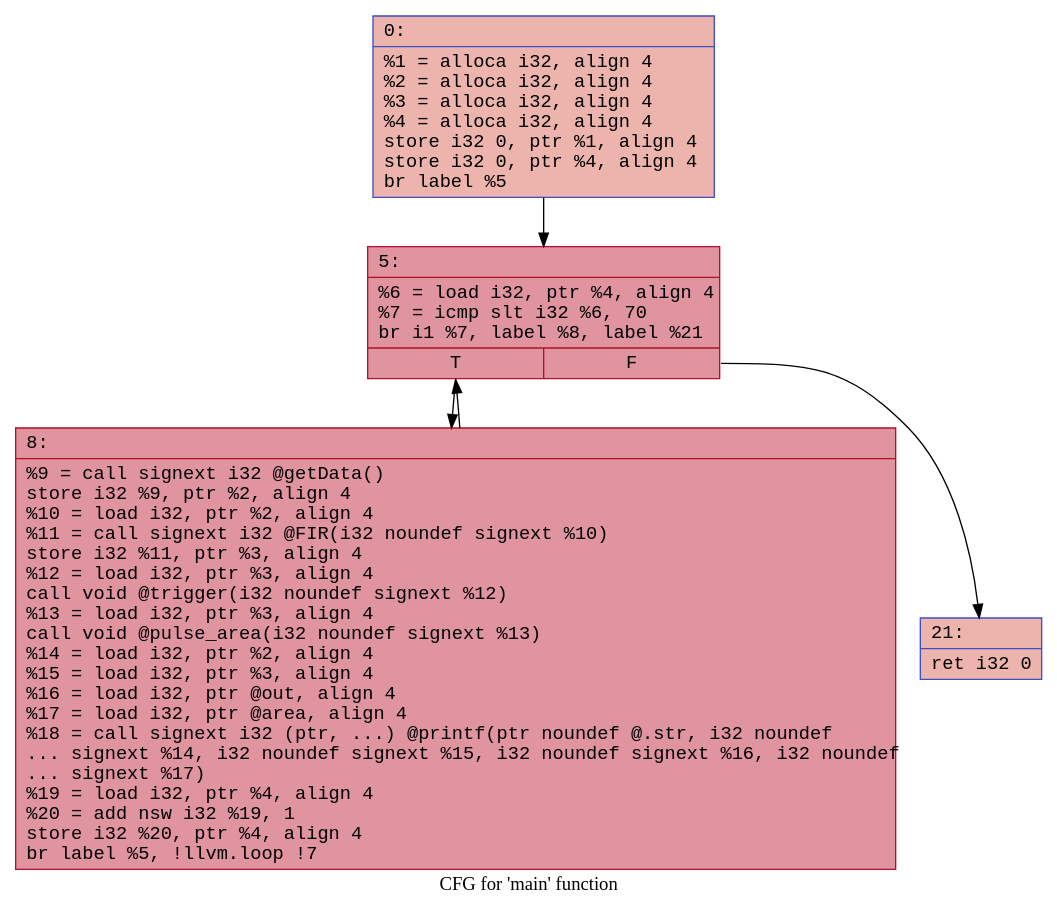
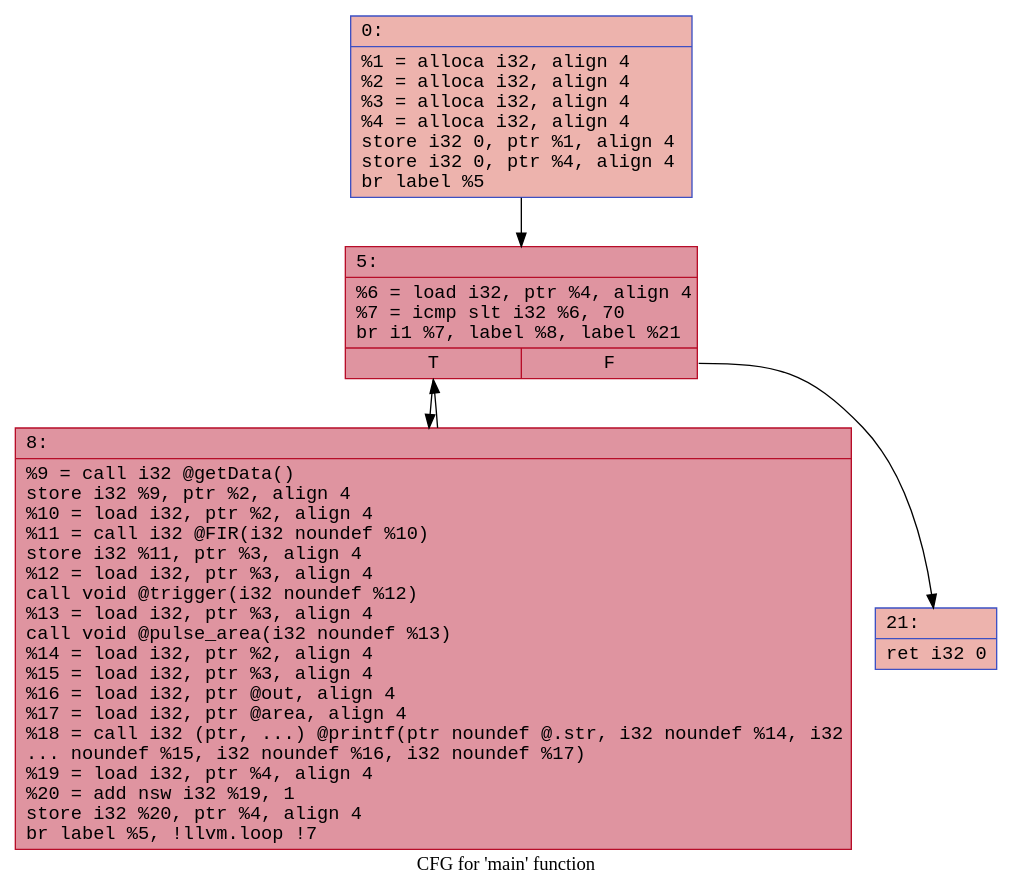
Before and after one commit to JulessD/SETI-project-2025: the diagram in CodeCDataFlow_nomodif/dot_files/.main.dot, drawn with Graphviz. The commit also changed 21 other files, not shown here.

```diff
--- a/CodeCDataFlow_nomodif/dot_files/.main.dot
+++ b/CodeCDataFlow_nomodif/dot_files/.main.dot
@@ -1,12 +1,12 @@
 digraph "CFG for 'main' function" {
 	label="CFG for 'main' function";
 
-	Node0x55b1a148d390 [shape=record,color="#3d50c3ff", style=filled, fillcolor="#d6524470" fontname="Courier",label="{0:\l|  %1 = alloca i32, align 4\l  %2 = alloca i32, align 4\l  %3 = alloca i32, align 4\l  %4 = alloca i32, align 4\l  store i32 0, ptr %1, align 4\l  store i32 0, ptr %4, align 4\l  br label %5\l}"];
-	Node0x55b1a148d390 -> Node0x55b1a148d730[tooltip="0 -> 5\nProbability 100.00%" ];
-	Node0x55b1a148d730 [shape=record,color="#b70d28ff", style=filled, fillcolor="#b70d2870" fontname="Courier",label="{5:\l|  %6 = load i32, ptr %4, align 4\l  %7 = icmp slt i32 %6, 70\l  br i1 %7, label %8, label %21\l|{<s0>T|<s1>F}}"];
-	Node0x55b1a148d730:s0 -> Node0x55b1a148d910[tooltip="5 -> 8\nProbability 96.88%" ];
-	Node0x55b1a148d730:s1 -> Node0x55b1a148d970[tooltip="5 -> 21\nProbability 3.12%" ];
-	Node0x55b1a148d910 [shape=record,color="#b70d28ff", style=filled, fillcolor="#b70d2870" fontname="Courier",label="{8:\l|  %9 = call signext i32 @getData()\l  store i32 %9, ptr %2, align 4\l  %10 = load i32, ptr %2, align 4\l  %11 = call signext i32 @FIR(i32 noundef signext %10)\l  store i32 %11, ptr %3, align 4\l  %12 = load i32, ptr %3, align 4\l  call void @trigger(i32 noundef signext %12)\l  %13 = load i32, ptr %3, align 4\l  call void @pulse_area(i32 noundef signext %13)\l  %14 = load i32, ptr %2, align 4\l  %15 = load i32, ptr %3, align 4\l  %16 = load i32, ptr @out, align 4\l  %17 = load i32, ptr @area, align 4\l  %18 = call signext i32 (ptr, ...) @printf(ptr noundef @.str, i32 noundef\l... signext %14, i32 noundef signext %15, i32 noundef signext %16, i32 noundef\l... signext %17)\l  %19 = load i32, ptr %4, align 4\l  %20 = add nsw i32 %19, 1\l  store i32 %20, ptr %4, align 4\l  br label %5, !llvm.loop !7\l}"];
-	Node0x55b1a148d910 -> Node0x55b1a148d730[tooltip="8 -> 5\nProbability 100.00%" ];
-	Node0x55b1a148d970 [shape=record,color="#3d50c3ff", style=filled, fillcolor="#d6524470" fontname="Courier",label="{21:\l|  ret i32 0\l}"];
+	Node0x558a970d81d0 [shape=record,color="#3d50c3ff", style=filled, fillcolor="#d6524470" fontname="Courier",label="{0:\l|  %1 = alloca i32, align 4\l  %2 = alloca i32, align 4\l  %3 = alloca i32, align 4\l  %4 = alloca i32, align 4\l  store i32 0, ptr %1, align 4\l  store i32 0, ptr %4, align 4\l  br label %5\l}"];
+	Node0x558a970d81d0 -> Node0x558a970d8570[tooltip="0 -> 5\nProbability 100.00%" ];
+	Node0x558a970d8570 [shape=record,color="#b70d28ff", style=filled, fillcolor="#b70d2870" fontname="Courier",label="{5:\l|  %6 = load i32, ptr %4, align 4\l  %7 = icmp slt i32 %6, 70\l  br i1 %7, label %8, label %21\l|{<s0>T|<s1>F}}"];
+	Node0x558a970d8570:s0 -> Node0x558a970d8750[tooltip="5 -> 8\nProbability 96.88%" ];
+	Node0x558a970d8570:s1 -> Node0x558a970d87b0[tooltip="5 -> 21\nProbability 3.12%" ];
+	Node0x558a970d8750 [shape=record,color="#b70d28ff", style=filled, fillcolor="#b70d2870" fontname="Courier",label="{8:\l|  %9 = call i32 @getData()\l  store i32 %9, ptr %2, align 4\l  %10 = load i32, ptr %2, align 4\l  %11 = call i32 @FIR(i32 noundef %10)\l  store i32 %11, ptr %3, align 4\l  %12 = load i32, ptr %3, align 4\l  call void @trigger(i32 noundef %12)\l  %13 = load i32, ptr %3, align 4\l  call void @pulse_area(i32 noundef %13)\l  %14 = load i32, ptr %2, align 4\l  %15 = load i32, ptr %3, align 4\l  %16 = load i32, ptr @out, align 4\l  %17 = load i32, ptr @area, align 4\l  %18 = call i32 (ptr, ...) @printf(ptr noundef @.str, i32 noundef %14, i32\l... noundef %15, i32 noundef %16, i32 noundef %17)\l  %19 = load i32, ptr %4, align 4\l  %20 = add nsw i32 %19, 1\l  store i32 %20, ptr %4, align 4\l  br label %5, !llvm.loop !7\l}"];
+	Node0x558a970d8750 -> Node0x558a970d8570[tooltip="8 -> 5\nProbability 100.00%" ];
+	Node0x558a970d87b0 [shape=record,color="#3d50c3ff", style=filled, fillcolor="#d6524470" fontname="Courier",label="{21:\l|  ret i32 0\l}"];
 }
```
